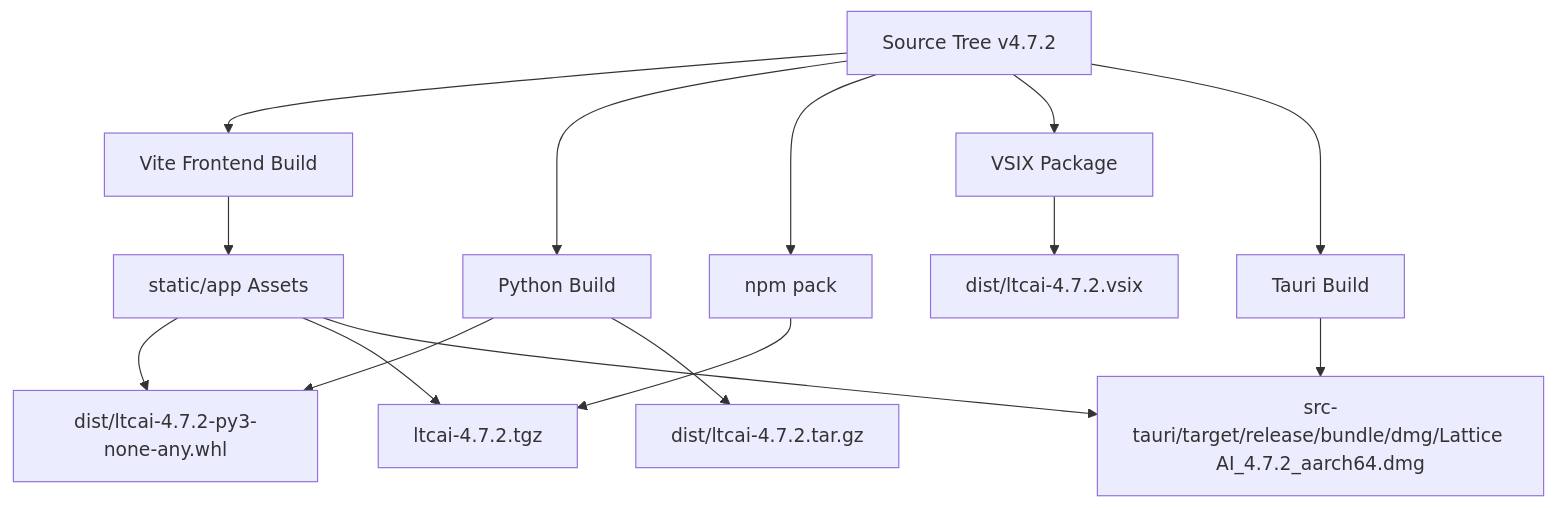
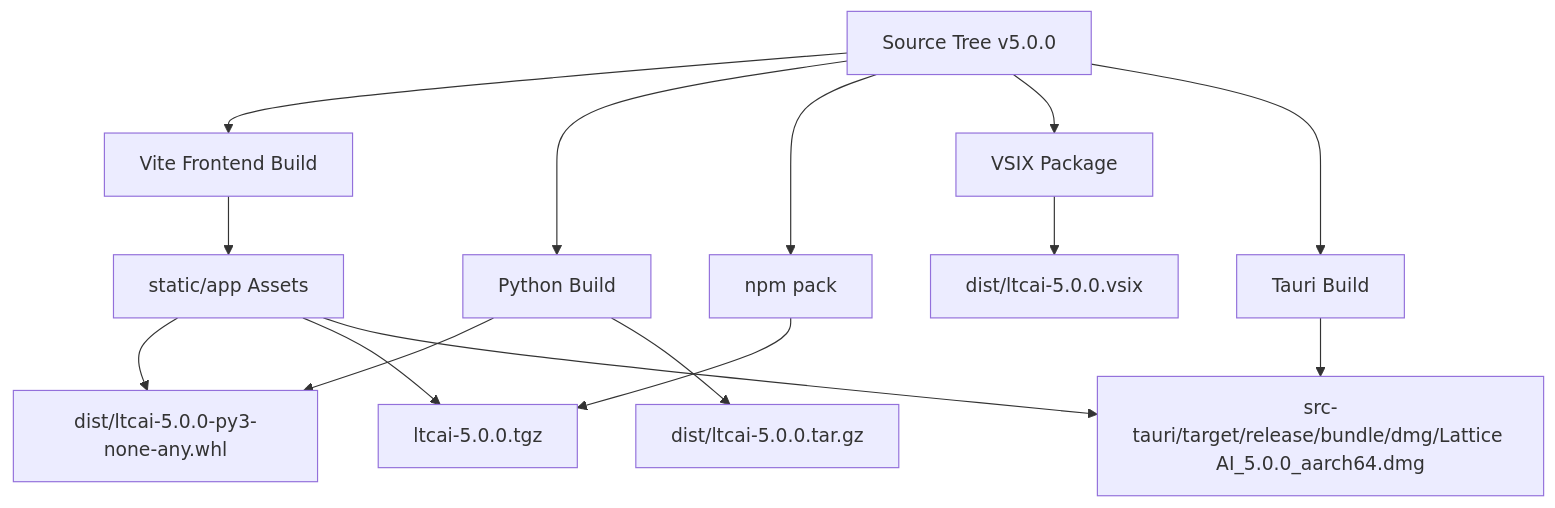
The tenth of 10 diagrams in ARCHITECTURE.md (TaeSooPark-PTS/LatticeAI), drawn with Mermaid before and after one commit. The commit also changed other lines of this file and 51 other files, not shown here.

Commit message:
Release Lattice AI 5.0.0 multilingual foundation

````diff
--- a/ARCHITECTURE.md
+++ b/ARCHITECTURE.md
@@ -259,18 +259,18 @@
 ```mermaid
 flowchart TB
-  Source["Source Tree v4.7.2"] --> FrontendBuild["Vite Frontend Build"]
+  Source["Source Tree v5.0.0"] --> FrontendBuild["Vite Frontend Build"]
   Source --> PythonBuild["Python Build"]
   Source --> NpmPack["npm pack"]
   Source --> VsixBuild["VSIX Package"]
   Source --> TauriBuild["Tauri Build"]
 
   FrontendBuild --> StaticAssets["static/app Assets"]
-  PythonBuild --> Wheel["dist/ltcai-4.7.2-py3-none-any.whl"]
-  PythonBuild --> Sdist["dist/ltcai-4.7.2.tar.gz"]
-  NpmPack --> Tgz["ltcai-4.7.2.tgz"]
-  VsixBuild --> Vsix["dist/ltcai-4.7.2.vsix"]
-  TauriBuild --> Dmg["src-tauri/target/release/bundle/dmg/Lattice AI_4.7.2_aarch64.dmg"]
+  PythonBuild --> Wheel["dist/ltcai-5.0.0-py3-none-any.whl"]
+  PythonBuild --> Sdist["dist/ltcai-5.0.0.tar.gz"]
+  NpmPack --> Tgz["ltcai-5.0.0.tgz"]
+  VsixBuild --> Vsix["dist/ltcai-5.0.0.vsix"]
+  TauriBuild --> Dmg["src-tauri/target/release/bundle/dmg/Lattice AI_5.0.0_aarch64.dmg"]
   StaticAssets --> Wheel
   StaticAssets --> Tgz
   StaticAssets --> Dmg
 ```
````
